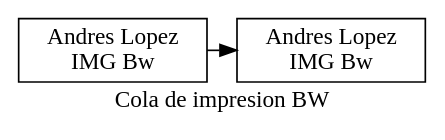
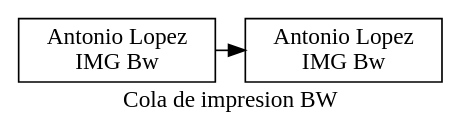
Before and after one commit to Kelly901/EDD_PROYECTO_FASE1_201900716: the diagram in [EDD]PROYECTO_FASE1_201900716/Proyecto1_Edd/impresoraBw.dot, drawn with Graphviz. The commit also changed 43 other files, not shown here.

```diff
--- a/[EDD]PROYECTO_FASE1_201900716/Proyecto1_Edd/impresoraBw.dot
+++ b/[EDD]PROYECTO_FASE1_201900716/Proyecto1_Edd/impresoraBw.dot
@@ -1,13 +1,13 @@
 digraph G{
 label="Cola de impresion BW";
 node[shape=box];
-n1304836502[label="Andres Lopez
+n1175962212[label="Antonio Lopez
 IMG Bw "];
-n225534817[label="Andres Lopez
+n918221580[label="Antonio Lopez
 IMG Bw "];
 
 {rank=same;
-n225534817->n1304836502;
+n918221580->n1175962212;
 
 }
 }
```
